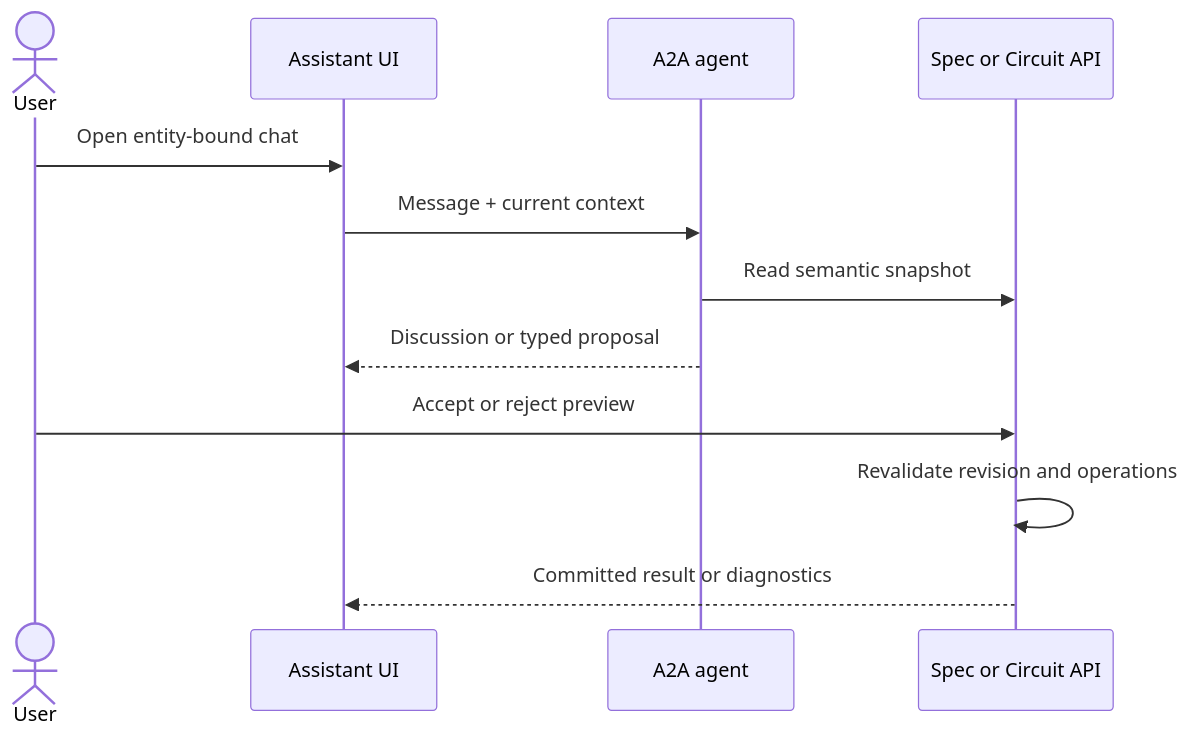
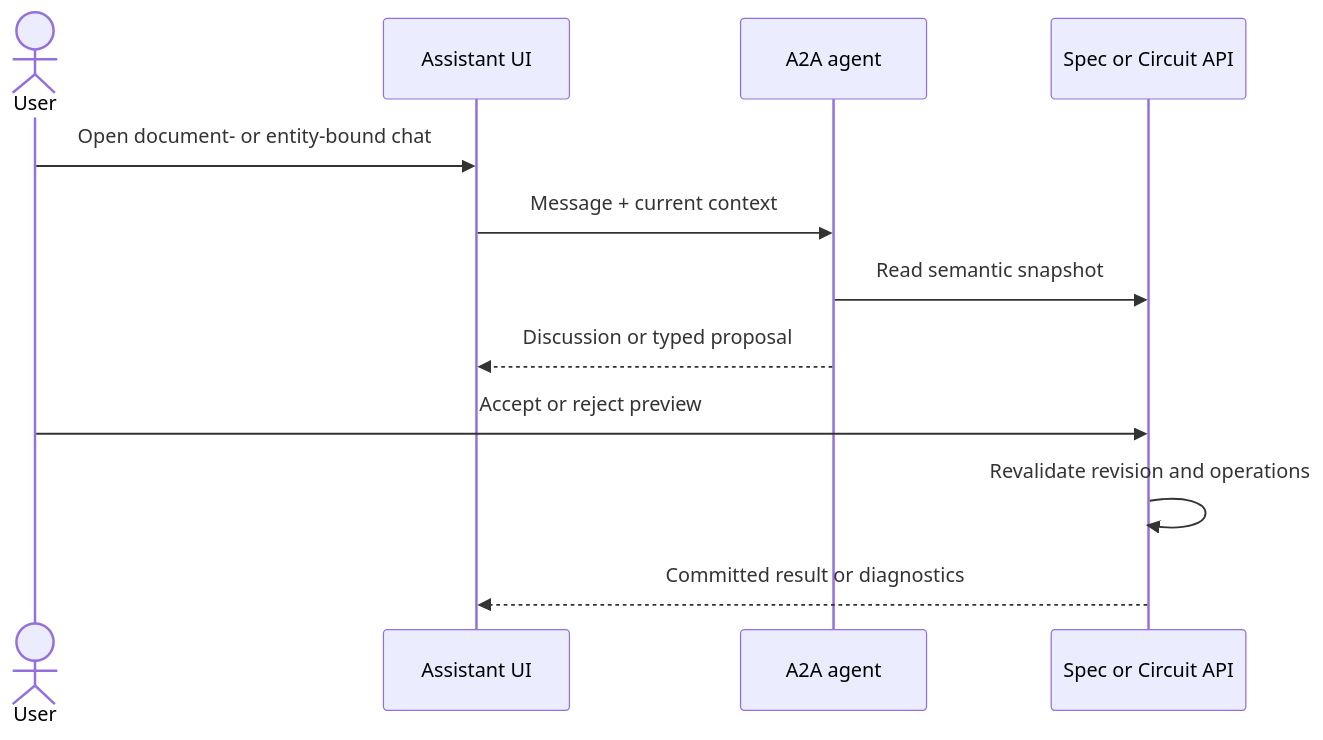
One commit to ankdesh/spec2gds changed the diagram in ai-assistant/README.md. Above: the diagram before and after it, drawn with Mermaid. The commit also changed other lines of this file and 31 other files, not shown here.

````diff
--- a/ai-assistant/README.md
+++ b/ai-assistant/README.md
@@ -52,15 +56,15 @@
 ```mermaid
 sequenceDiagram
     actor User
     participant UI as Assistant UI
     participant Agent as A2A agent
     participant Owner as Spec or Circuit API
 
-    User->>UI: Open entity-bound chat
+    User->>UI: Open document- or entity-bound chat
     UI->>Agent: Message + current context
     Agent->>Owner: Read semantic snapshot
     Agent-->>UI: Discussion or typed proposal
     User->>Owner: Accept or reject preview
     Owner->>Owner: Revalidate revision and operations
     Owner-->>UI: Committed result or diagnostics
 ```
````
